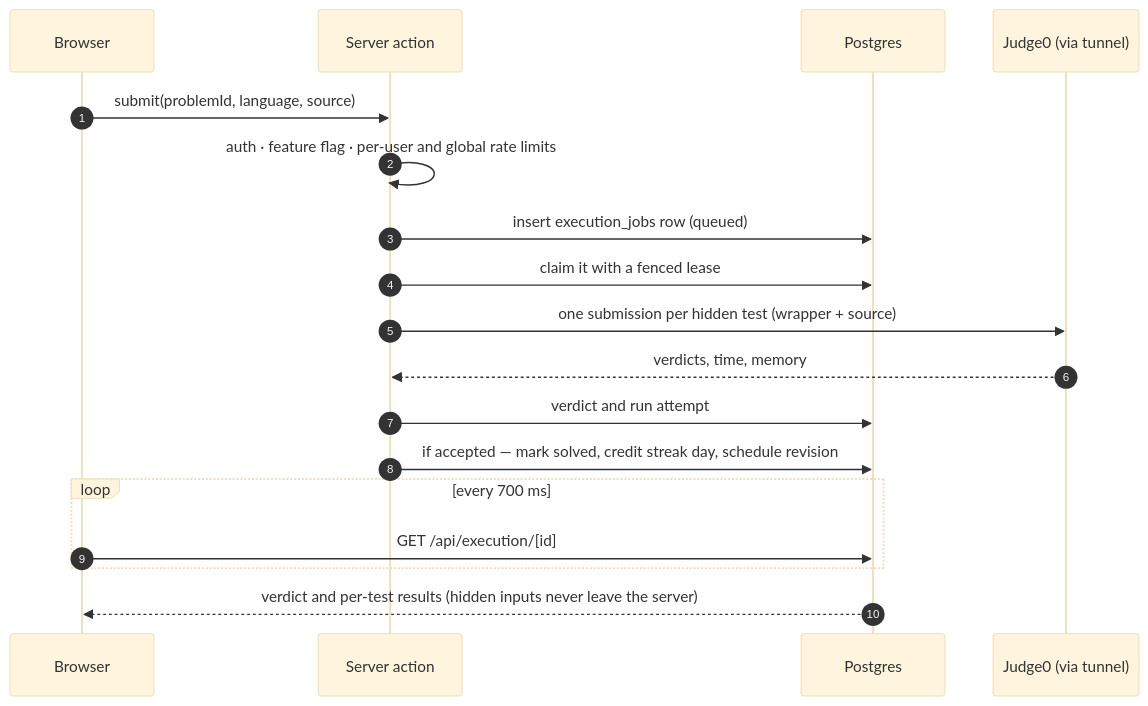
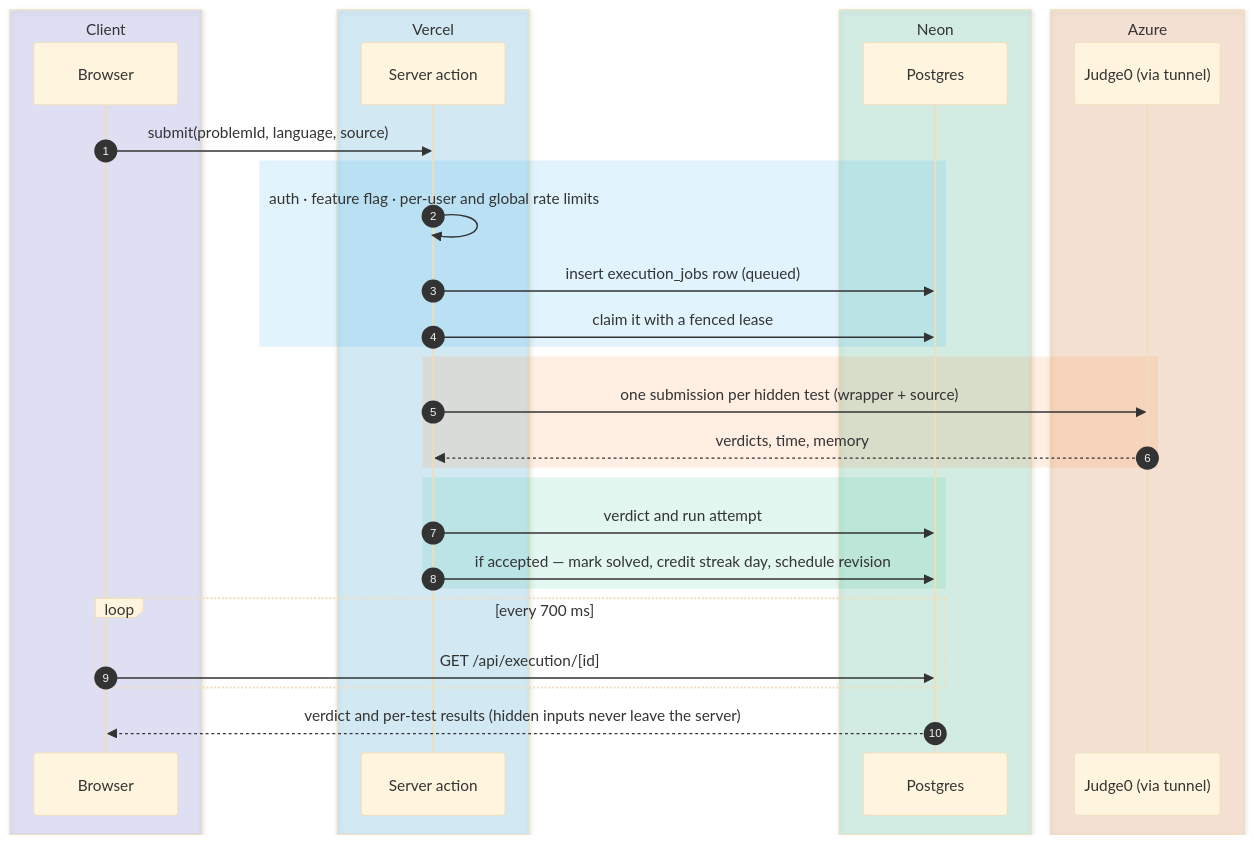
One commit to vikramyadav1404/quadrantcode changed the third of 4 diagrams in README.md. Above: the diagram before and after it, drawn with Mermaid (base theme). The commit also changed other lines of this file, not shown here.

Commit message:
docs(readme): coloured diagrams, test-case button

````diff
--- a/README.md
+++ b/README.md
@@ -121,21 +151,35 @@
 ```mermaid
 sequenceDiagram
     autonumber
-    participant B as Browser
-    participant S as Server action
-    participant D as Postgres
-    participant J as Judge0 (via tunnel)
+    box rgba(99,102,241,0.15) Client
+        participant B as Browser
+    end
+    box rgba(14,165,233,0.15) Vercel
+        participant S as Server action
+    end
+    box rgba(16,185,129,0.15) Neon
+        participant D as Postgres
+    end
+    box rgba(249,115,22,0.15) Azure
+        participant J as Judge0 (via tunnel)
+    end
 
     B->>S: submit(problemId, language, source)
-    S->>S: auth · feature flag · per-user and global rate limits
-    S->>D: insert execution_jobs row (queued)
-    S->>D: claim it with a fenced lease
-    S->>J: one submission per hidden test (wrapper + source)
-    J-->>S: verdicts, time, memory
-    S->>D: verdict and run attempt
-    S->>D: if accepted — mark solved, credit streak day, schedule revision
+    rect rgba(14,165,233,0.12)
+        S->>S: auth · feature flag · per-user and global rate limits
+        S->>D: insert execution_jobs row (queued)
+        S->>D: claim it with a fenced lease
+    end
+    rect rgba(249,115,22,0.12)
+        S->>J: one submission per hidden test (wrapper + source)
+        J-->>S: verdicts, time, memory
+    end
+    rect rgba(16,185,129,0.12)
+        S->>D: verdict and run attempt
+        S->>D: if accepted — mark solved, credit streak day, schedule revision
+    end
     loop every 700 ms
         B->>D: GET /api/execution/[id]
     end
     D-->>B: verdict and per-test results (hidden inputs never leave the server)
 ```
````
